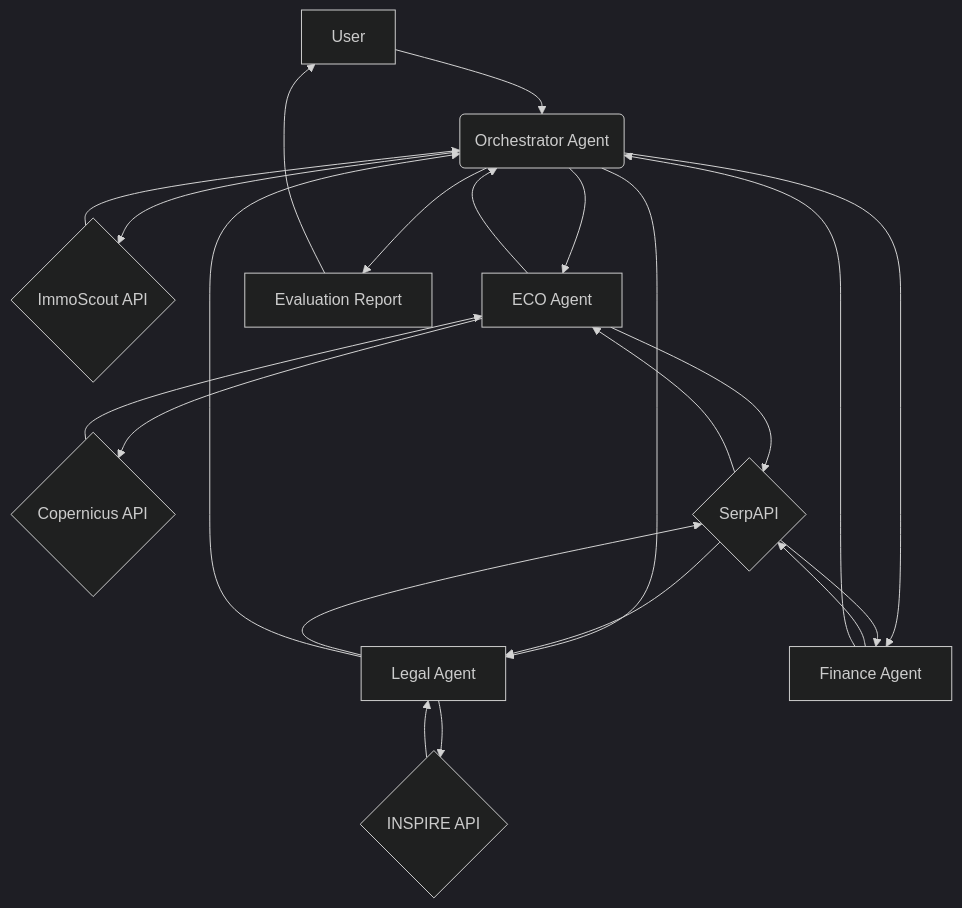
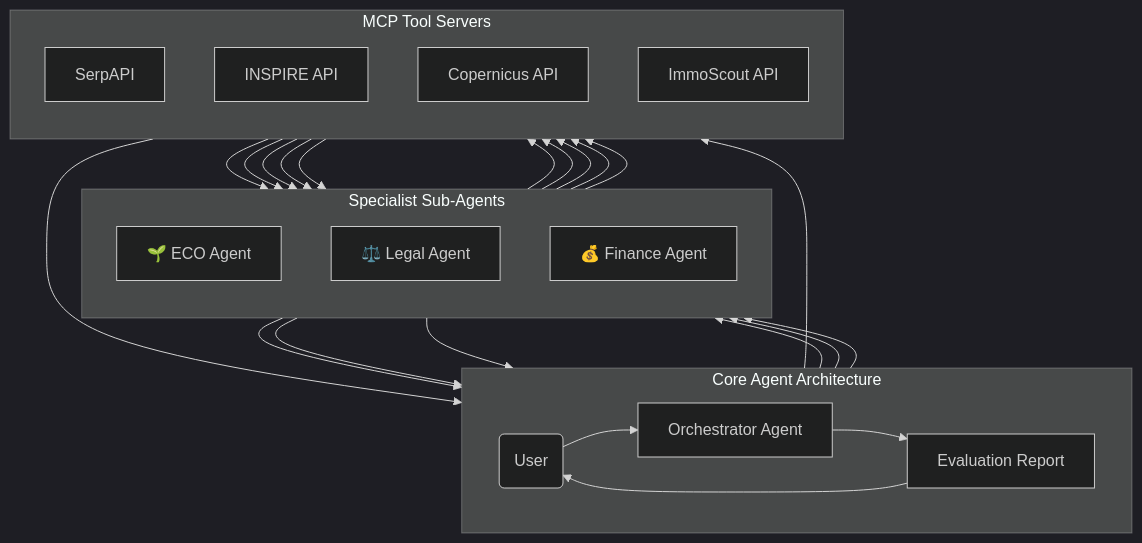
The diagram in docs/README.md (franz-rott/property-scout-ai-agent), drawn with Mermaid (dark theme) before and after one commit. The commit also changed other lines of this file and 10 other files, not shown here.

````diff
--- a/docs/README.md
+++ b/docs/README.md
@@ -43,22 +41,38 @@
 ```mermaid
 graph TD
-    A[User] --> B(Orchestrator Agent);
-    B --> C{ImmoScout API};
-    C --> B;
-    B --> D[ECO Agent];
-    B --> E[Legal Agent];
-    B --> F[Finance Agent];
-    D --> G{Copernicus API};
-    D --> I{SerpAPI};
-    E --> H{INSPIRE API};
-    E --> I;
-    F --> I;
-    G --> D;
-    H --> E;
-    I --> D & E & F;
-    D --> B;
-    E --> B;
-    F --> B;
-    B --> J[Evaluation Report];
-    J --> A;
+    subgraph "Core Agent Architecture"
+        direction LR
+        A(User)
+        B[Orchestrator Agent]
+        C[Evaluation Report]
+    end
+
+    subgraph "Specialist Sub-Agents"
+        direction TB
+        D[🌱 ECO Agent]
+        E[⚖️ Legal Agent]
+        F[💰 Finance Agent]
+    end
+
+    subgraph "MCP Tool Servers"
+        direction TB
+        I[SerpAPI]
+        H[INSPIRE API]
+        G[Copernicus API]
+        J[ImmoScout API]
+    end
+
+    A --> B
+    B --> J
+    J --> B
+    B --> D & E & F
+    D --> G & I
+    E --> H & I
+    F --> I
+    G --> D
+    H --> E
+    I --> D & E & F
+    D & E & F --> B
+    B --> C
+    C --> A
 ```
````
